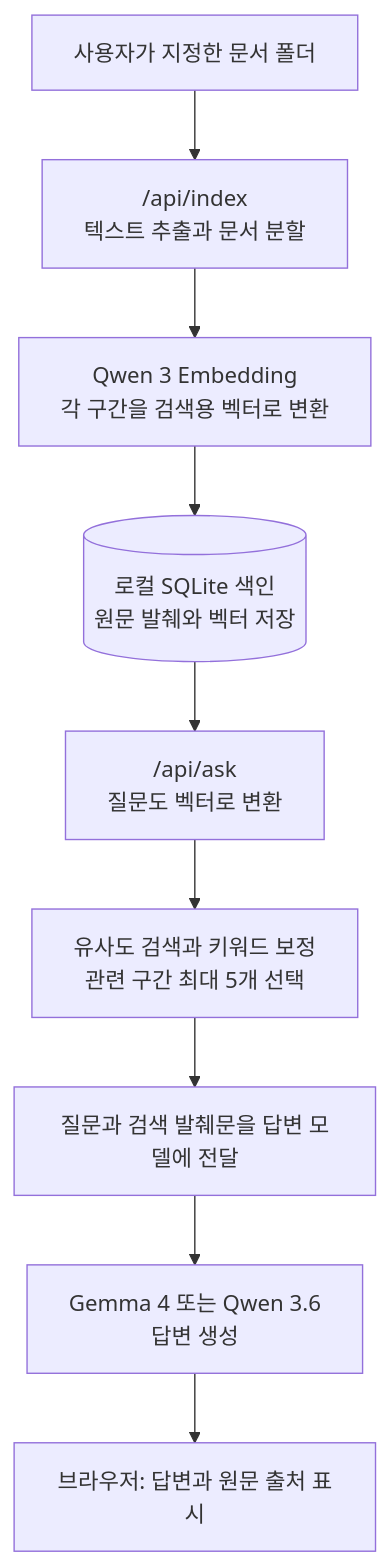
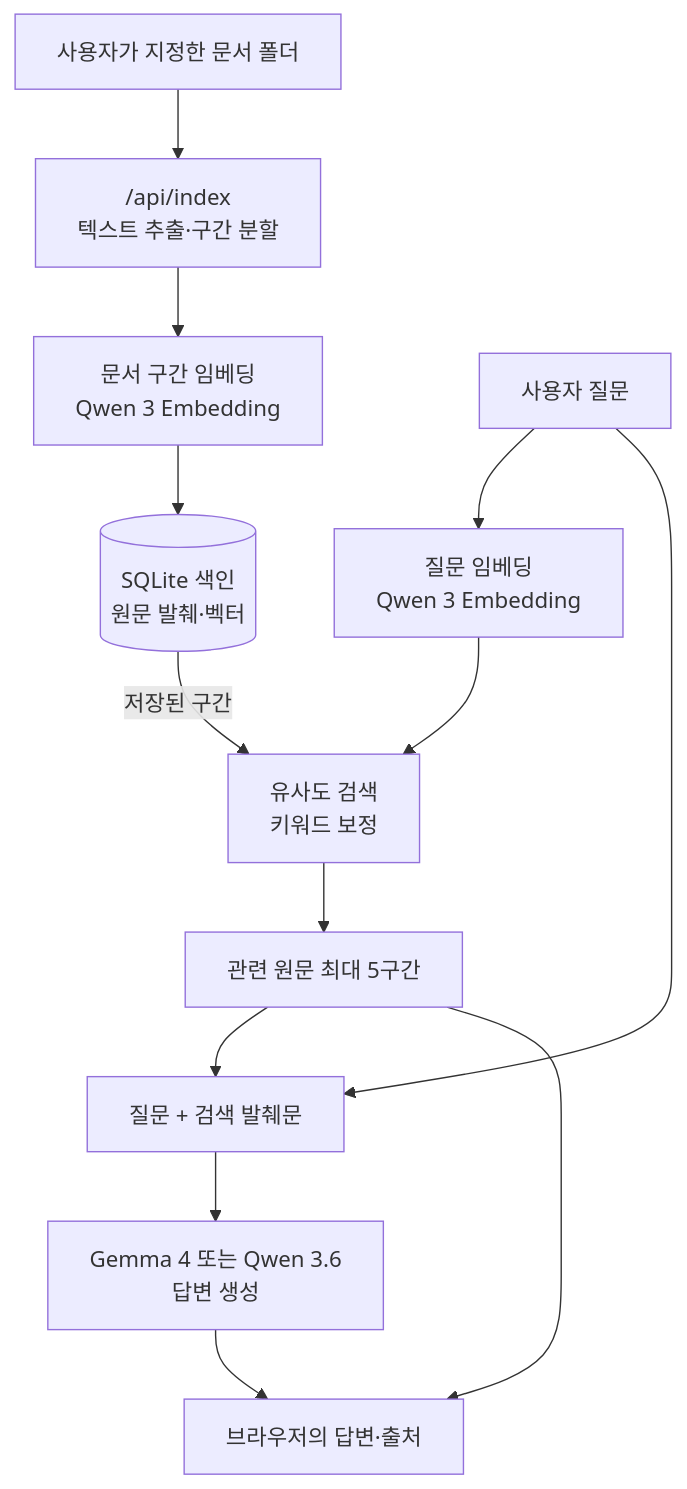
One commit to zidudu/26_-AI- changed the third of 3 diagrams in 20261001_local_ai_workbench_v0.1/README.md. Above: the diagram before and after it, drawn with Mermaid. The commit also changed other lines of this file and 2 other files, not shown here.

````diff
--- a/20261001_local_ai_workbench_v0.1/README.md
+++ b/20261001_local_ai_workbench_v0.1/README.md
@@ -69,14 +88,17 @@
 ```mermaid
 flowchart TB
-    F["사용자가 지정한 문서 폴더"]
-    X["/api/index<br/>텍스트 추출과 문서 분할"]
-    E["Qwen 3 Embedding<br/>각 구간을 검색용 벡터로 변환"]
-    D[("로컬 SQLite 색인<br/>원문 발췌와 벡터 저장")]
-    Q["/api/ask<br/>질문도 벡터로 변환"]
-    S["유사도 검색과 키워드 보정<br/>관련 구간 최대 5개 선택"]
-    P["질문과 검색 발췌문을 답변 모델에 전달"]
-    A["Gemma 4 또는 Qwen 3.6<br/>답변 생성"]
-    B["브라우저: 답변과 원문 출처 표시"]
+    DOCS["사용자가 지정한 문서 폴더"] --> EXTRACT["/api/index<br/>텍스트 추출·구간 분할"]
+    EXTRACT --> DV["문서 구간 임베딩<br/>Qwen 3 Embedding"]
+    DV --> DB[("SQLite 색인<br/>원문 발췌·벡터")]
 
-    F --> X --> E --> D --> Q --> S --> P --> A --> B
+    QUESTION["사용자 질문"] --> QV["질문 임베딩<br/>Qwen 3 Embedding"]
+    QV --> SEARCH["유사도 검색<br/>키워드 보정"]
+    DB -->|저장된 구간| SEARCH
+
+    SEARCH --> SOURCES["관련 원문 최대 5구간"]
+    SOURCES --> PROMPT["질문 + 검색 발췌문"]
+    QUESTION --> PROMPT
+    PROMPT --> ANSWER["Gemma 4 또는 Qwen 3.6<br/>답변 생성"]
+    ANSWER --> RESULT["브라우저의 답변·출처"]
+    SOURCES --> RESULT
 ```
````
